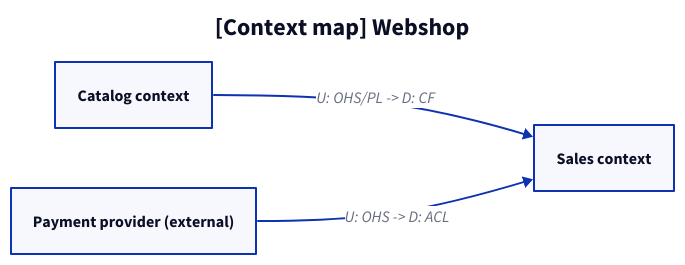
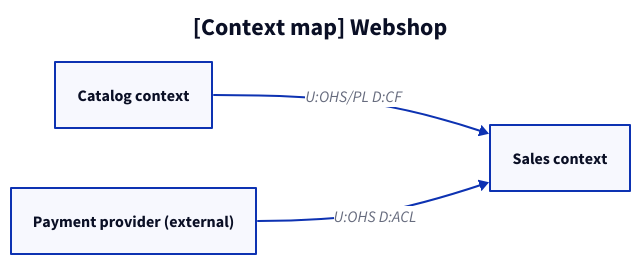
Before and after one commit to ATkingma/KingmaDoc: the tenth of 11 diagrams in skill/explaining-code/reference/models.md, drawn with D2. The commit also changed other lines of this file and 21 other files, not shown here.

````diff
--- a/skill/explaining-code/reference/models.md
+++ b/skill/explaining-code/reference/models.md
@@ -303,9 +317,9 @@
 ```d2
 title: "[Context map] Webshop" {shape: text; near: top-center; style: {font-size: 24; bold: true}}
 direction: right
 catalog: Catalog context
 sales: Sales context
 payments: Payment provider (external)
-catalog -> sales: "U: OHS/PL -> D: CF"
-payments -> sales: "U: OHS -> D: ACL"
+catalog -> sales: "U:OHS/PL D:CF"
+payments -> sales: "U:OHS D:ACL"
 ```
````
